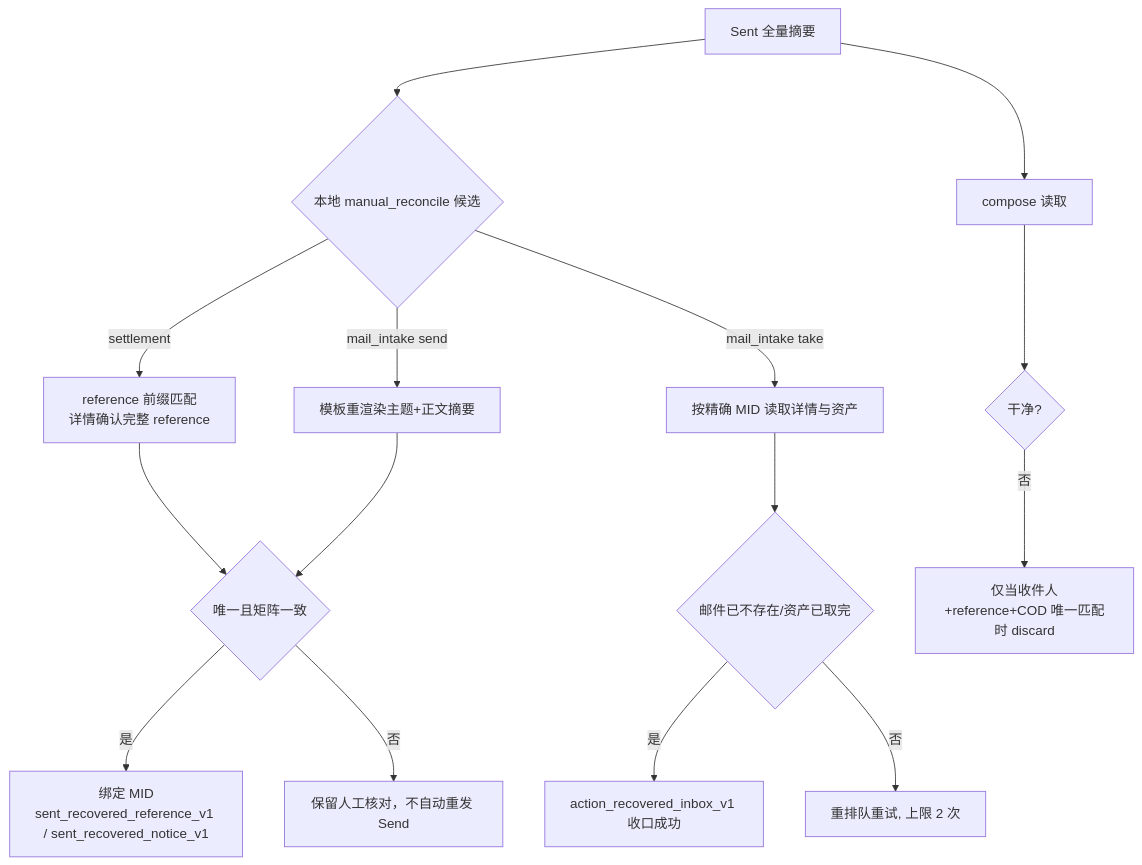
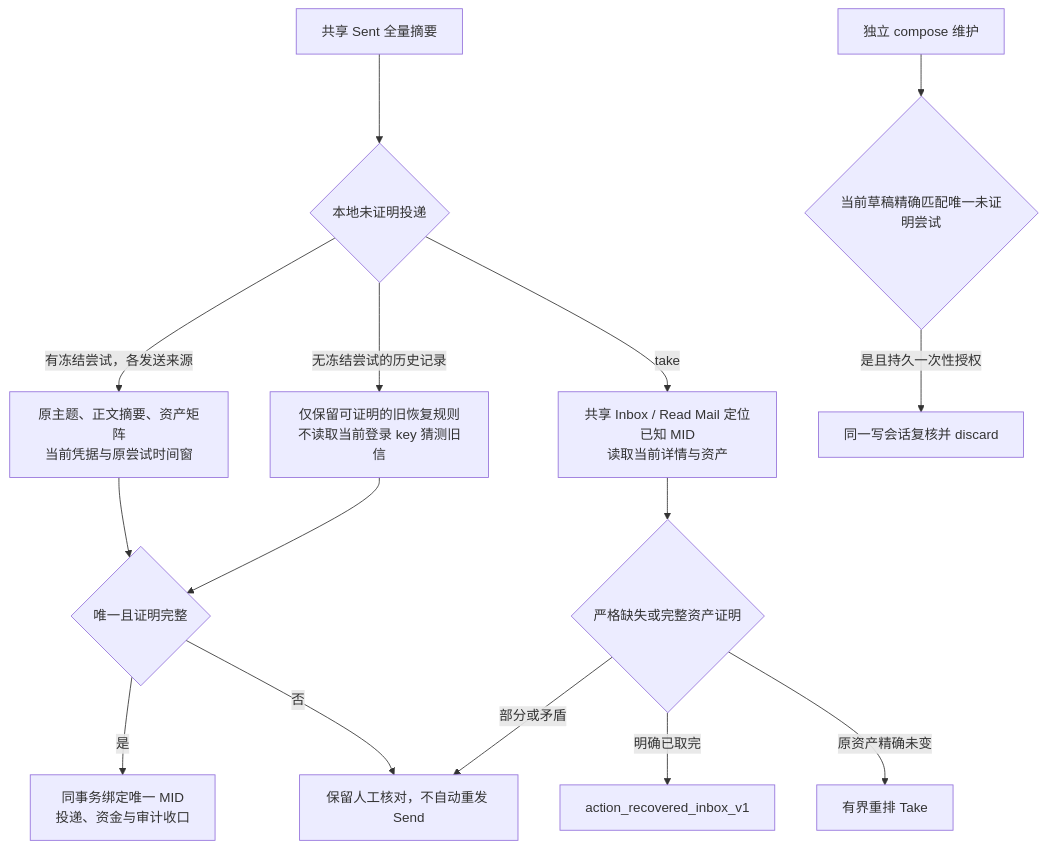
The sixth of 7 diagrams in docs/guide/mooglemail-flow.md (ngnlAYY/Auction), drawn with Mermaid before and after one commit. The commit also changed other lines of this file and 64 other files, not shown here.

````diff
--- a/docs/guide/mooglemail-flow.md
+++ b/docs/guide/mooglemail-flow.md
@@ -150,17 +151,17 @@
 ```mermaid
 flowchart TD
-  M1[Sent 全量摘要] --> M2{本地 manual_reconcile 候选}
-  M2 -- settlement --> M3[reference 前缀匹配<br/>详情确认完整 reference]
-  M2 -- mail_intake send --> M4[模板重渲染主题+正文摘要]
-  M2 -- mail_intake take --> M5[按精确 MID 读取详情与资产]
-  M3 --> B{唯一且矩阵一致}
+  M1[共享 Sent 全量摘要] --> M2{本地未证明投递}
+  M2 -- 有冻结尝试，各发送来源 --> M3[原主题、正文摘要、资产矩阵<br/>当前凭据与原尝试时间窗]
+  M2 -- 无冻结尝试的历史记录 --> M4[仅保留可证明的旧恢复规则<br/>不读取当前登录 key 猜测旧信]
+  M2 -- take --> M5[共享 Inbox / Read Mail 定位已知 MID<br/>读取当前详情与资产]
+  M3 --> B{唯一且证明完整}
   M4 --> B
-  B -- 是 --> B1[绑定 MID<br/>sent_recovered_reference_v1 / sent_recovered_notice_v1]
+  B -- 是 --> B1[同事务绑定唯一 MID<br/>投递、资金与审计收口]
   B -- 否 --> B2[保留人工核对，不自动重发 Send]
-  M5 --> T1{邮件已不存在/资产已取完}
-  T1 -- 是 --> T2[action_recovered_inbox_v1 收口成功]
-  T1 -- 否 --> T3[重排队重试, 上限 2 次]
-  M1 --> C1[compose 读取]
-  C1 --> C2{干净?}
-  C2 -- 否 --> C3[仅当收件人+reference+COD 唯一匹配时 discard]
+  M5 --> T1{严格缺失或完整资产证明}
+  T1 -- 明确已取完 --> T2[action_recovered_inbox_v1]
+  T1 -- 原资产精确未变 --> T3[有界重排 Take]
+  T1 -- 部分或矛盾 --> B2
+  C1[独立 compose 维护] --> C2{当前草稿精确匹配唯一未证明尝试}
+  C2 -- 是且持久一次性授权 --> C3[同一写会话复核并 discard]
 ```
````
